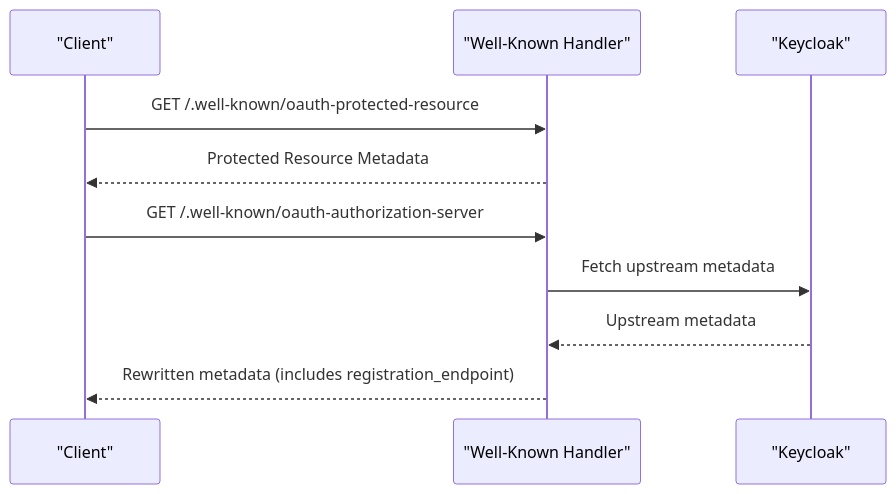
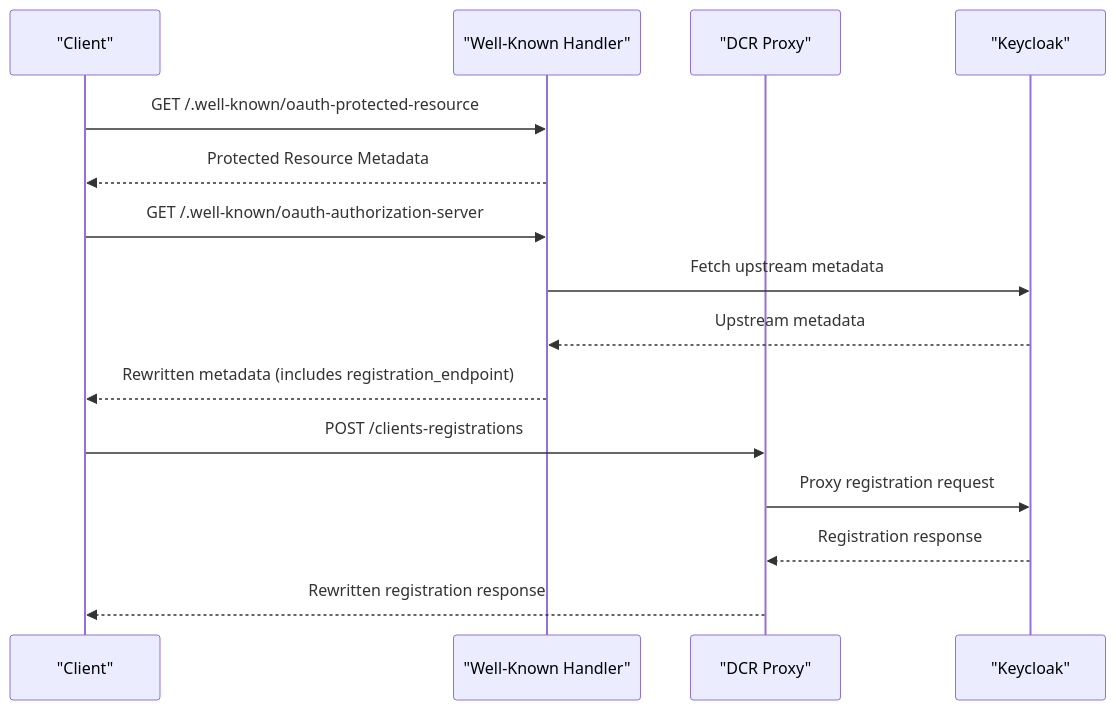
One commit to debian777/kairos-mcp changed the eighth of 14 diagrams in .qoder/repowiki/en/content/Core Services/Authentication & Authorization/Authentication & Authorization.md. Above: the diagram before and after it, drawn with Mermaid. The commit also changed other lines of this file and 17 other files, not shown here.

````diff
--- a/.qoder/repowiki/en/content/Core Services/Authentication & Authorization/Authentication & Authorization.md
+++ b/.qoder/repowiki/en/content/Core Services/Authentication & Authorization/Authentication & Authorization.md
@@ -309,12 +361,17 @@
 ```mermaid
 sequenceDiagram
 participant Client as "Client"
 participant WK as "Well-Known Handler"
+participant DCR as "DCR Proxy"
 participant KC as "Keycloak"
 Client->>WK : GET /.well-known/oauth-protected-resource
 WK-->>Client : Protected Resource Metadata
 Client->>WK : GET /.well-known/oauth-authorization-server
 WK->>KC : Fetch upstream metadata
 KC-->>WK : Upstream metadata
 WK-->>Client : Rewritten metadata (includes registration_endpoint)
+Client->>DCR : POST /clients-registrations
+DCR->>KC : Proxy registration request
+KC-->>DCR : Registration response
+DCR-->>Client : Rewritten registration response
 ```
````
